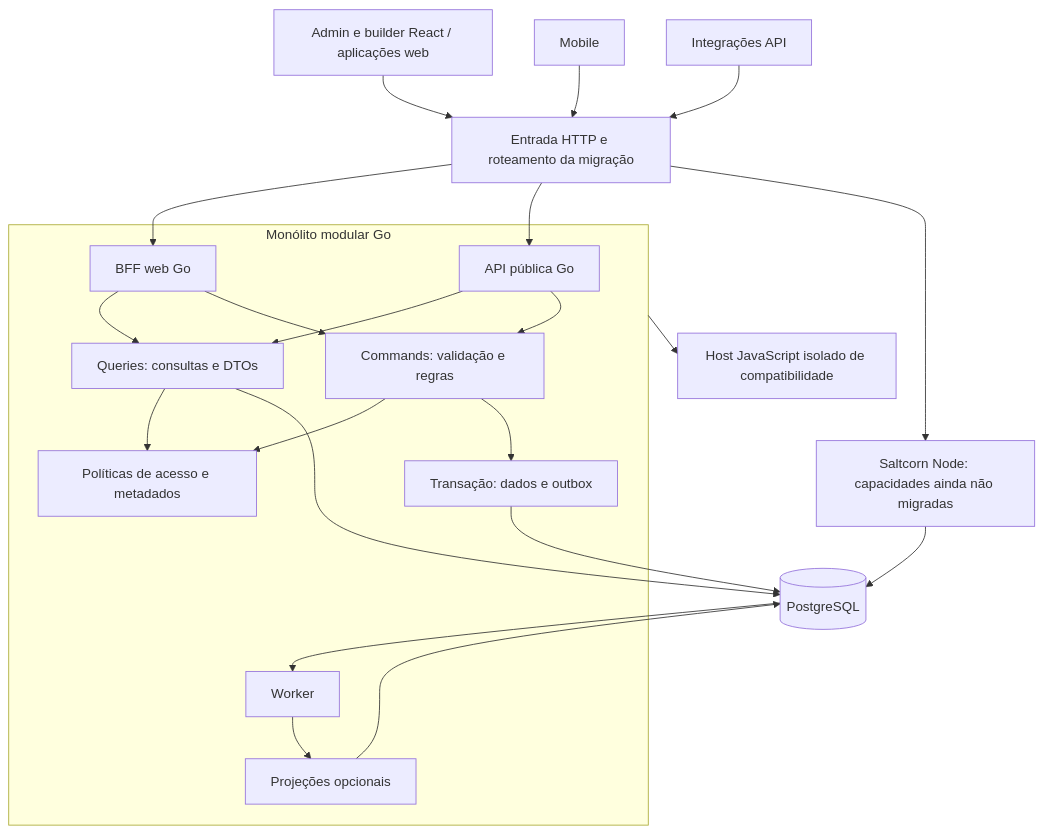
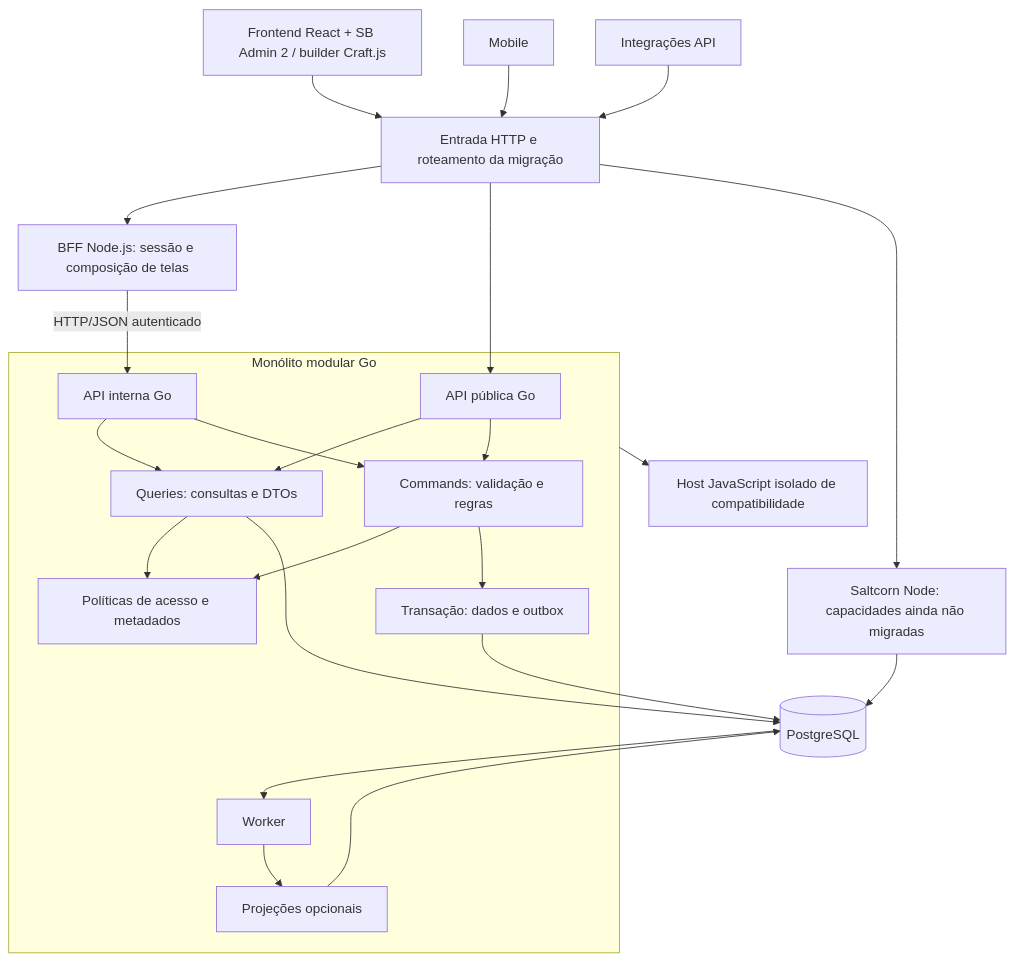
Before and after one commit to vjuliani/saltcorn: the diagram in docs/migracao-go/README.md, drawn with Mermaid. The commit also changed other lines of this file and 3 other files, not shown here.

````diff
--- a/docs/migracao-go/README.md
+++ b/docs/migracao-go/README.md
@@ -34,25 +34,26 @@
 ```mermaid
 flowchart TD
-  UI[Admin e builder React / aplicações web] --> EDGE[Entrada HTTP e roteamento da migração]
+  UI[Frontend React + SB Admin 2 / builder Craft.js] --> EDGE[Entrada HTTP e roteamento da migração]
   MOBILE[Mobile] --> EDGE
   EXT[Integrações API] --> EDGE
-  EDGE --> BFF[BFF web Go]
+  EDGE --> BFF[BFF Node.js: sessão e composição de telas]
   EDGE --> API[API pública Go]
   EDGE --> OLD[Saltcorn Node: capacidades ainda não migradas]
   subgraph GO[Monólito modular Go]
-    BFF --> Q[Queries: consultas e DTOs]
-    BFF --> C[Commands: validação e regras]
+    INTERNAL[API interna Go] --> Q[Queries: consultas e DTOs]
+    INTERNAL --> C[Commands: validação e regras]
     API --> Q
     API --> C
     C --> AUTH[Políticas de acesso e metadados]
     Q --> AUTH
     C --> TX[Transação: dados e outbox]
     W[Worker] --> PROJ[Projeções opcionais]
   end
+  BFF -->|HTTP/JSON autenticado| INTERNAL
   Q --> DB[(PostgreSQL)]
   TX --> DB
   DB --> W
   PROJ --> DB
   OLD --> DB
   GO --> JS[Host JavaScript isolado de compatibilidade]
 ```
````
